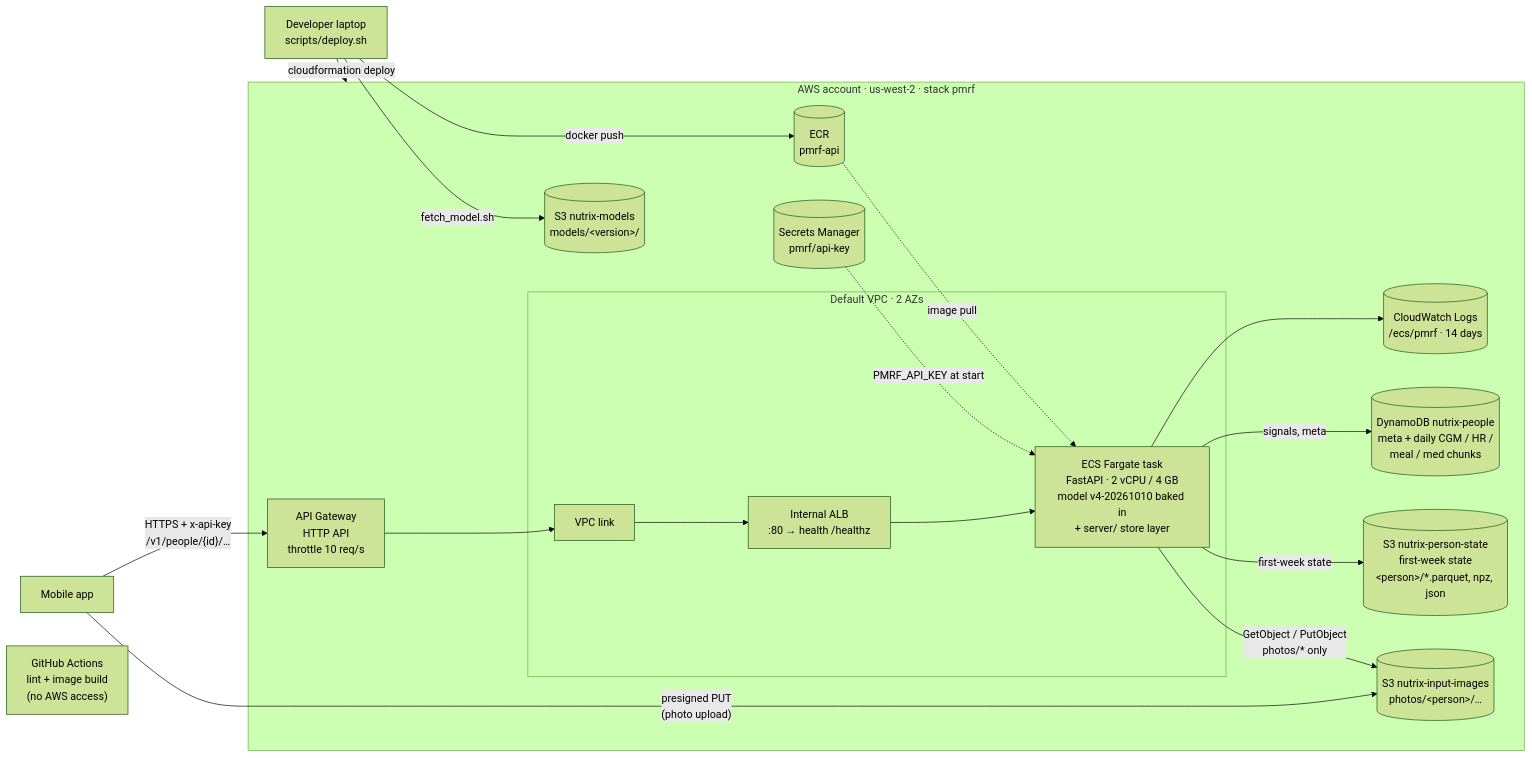
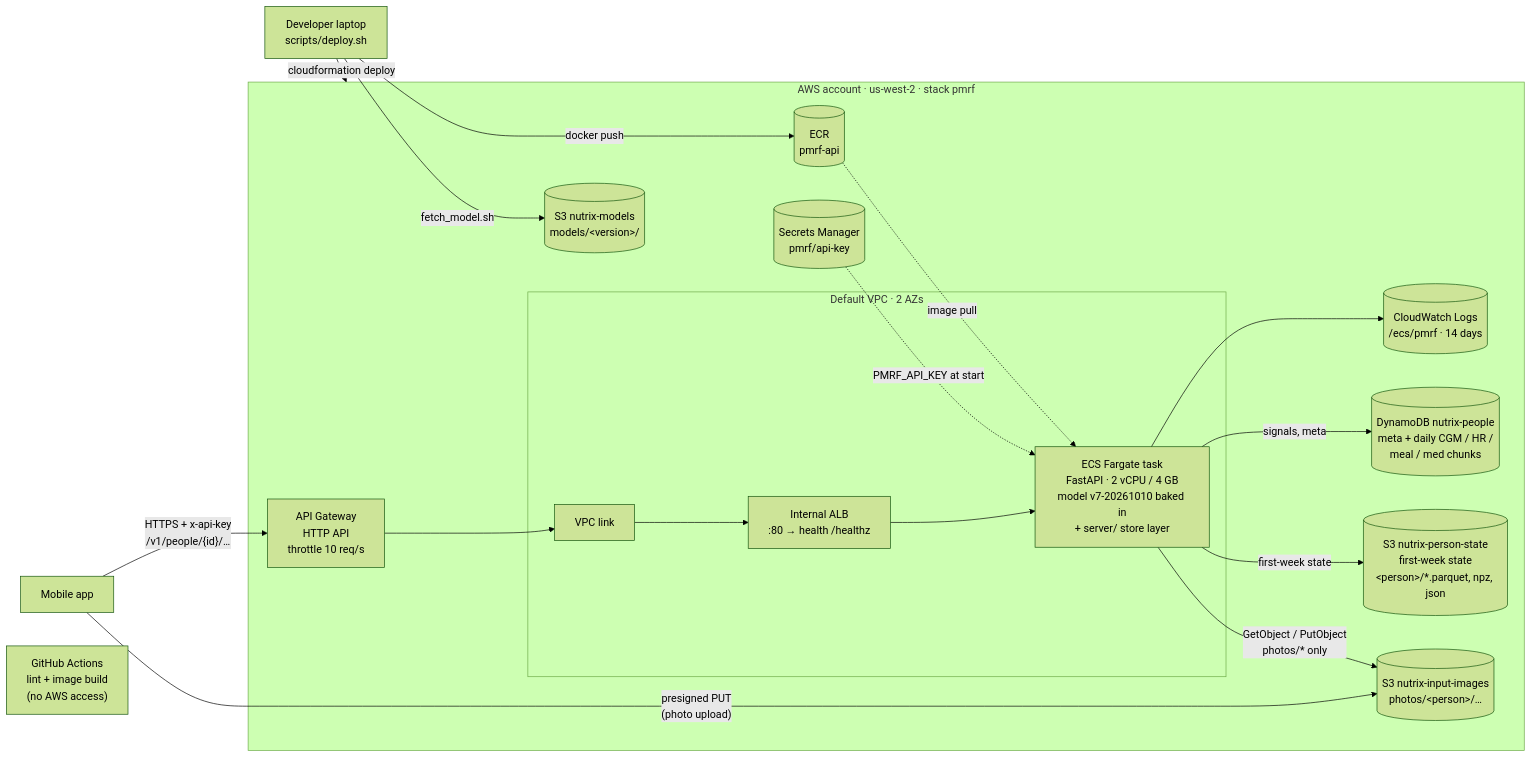
Before and after one commit to doublehan2023/Nutrix: the diagram in README.md, drawn with Mermaid (forest theme). The commit also changed 10 other files, not shown here.

````diff
--- a/README.md
+++ b/README.md
@@ -10,37 +10,37 @@
 ```mermaid
 flowchart LR
     app["Mobile app"]
     dev["Developer laptop<br/>scripts/deploy.sh"]
     gh["GitHub Actions<br/>lint + image build<br/>(no AWS access)"]
 
     subgraph aws["AWS account · us-west-2 · stack pmrf"]
         apigw["API Gateway<br/>HTTP API<br/>throttle 10 req/s"]
         secret[("Secrets Manager<br/>pmrf/api-key")]
         ecr[("ECR<br/>pmrf-api")]
         logs[("CloudWatch Logs<br/>/ecs/pmrf · 14 days")]
 
         subgraph vpc["Default VPC · 2 AZs"]
             link["VPC link"]
             alb["Internal ALB<br/>:80 → health /healthz"]
-            task["ECS Fargate task<br/>FastAPI · 2 vCPU / 4 GB<br/>model v4-20261010 baked in<br/>+ server/ store layer"]
+            task["ECS Fargate task<br/>FastAPI · 2 vCPU / 4 GB<br/>model v7-20261010 baked in<br/>+ server/ store layer"]
         end
 
         ddb[("DynamoDB nutrix-people<br/>meta + daily CGM / HR /<br/>meal / med chunks")]
         state[("S3 nutrix-person-state<br/>first-week state<br/>&lt;person&gt;/*.parquet, npz, json")]
         photos[("S3 nutrix-input-images<br/>photos/&lt;person&gt;/…")]
         models[("S3 nutrix-models<br/>models/&lt;version&gt;/")]
     end
 
     app -- "HTTPS + x-api-key<br/>/v1/people/{id}/…" --> apigw
     app -- "presigned PUT<br/>(photo upload)" --> photos
     apigw --> link --> alb --> task
     task -- "signals, meta" --> ddb
     task -- "first-week state" --> state
     task -- "GetObject / PutObject<br/>photos/* only" --> photos
     task --> logs
     secret -. "PMRF_API_KEY at start" .-> task
     ecr -. "image pull" .-> task
     dev -- "docker push" --> ecr
     dev -- "fetch_model.sh" --> models
     dev -- "cloudformation deploy" --> aws
 ```
````
